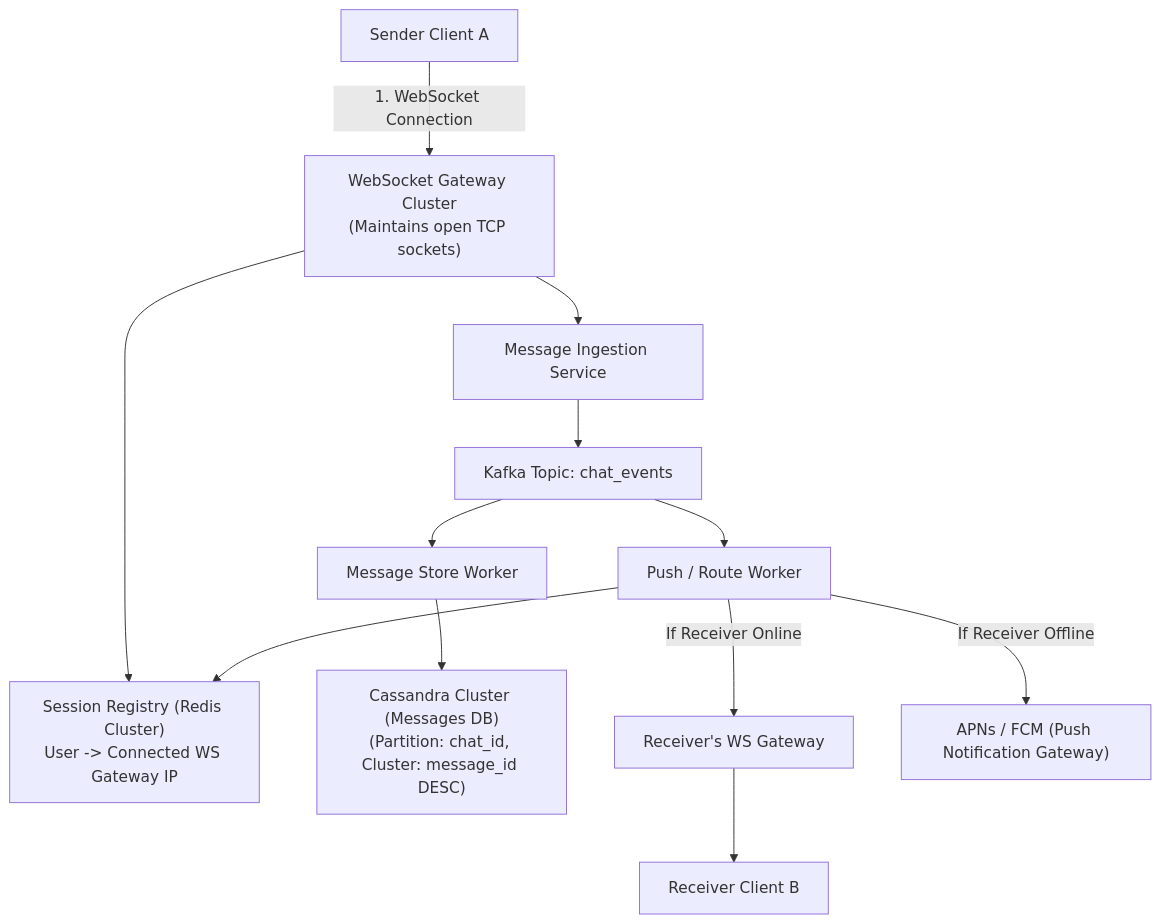
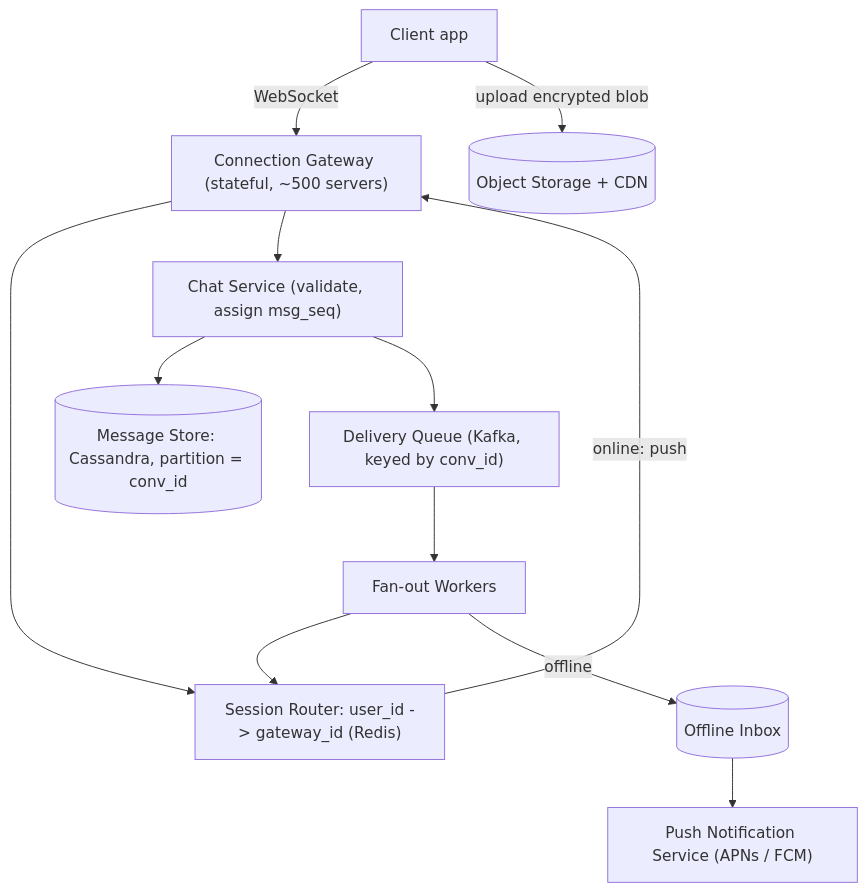
Before and after one commit to reddykarthikeya1/AI-Systems-Mastery: the diagram in 03-High-Level-Design/systems/01-messaging-app.md, drawn with Mermaid. The commit also changed other lines of this file and 9 other files, not shown here.

Commit message:
content(hld): expand 10 case studies with estimates (runnable), API, data model, failure modes, trade-offs, interview timeline

````diff
--- a/03-High-Level-Design/systems/01-messaging-app.md
+++ b/03-High-Level-Design/systems/01-messaging-app.md
@@ -36,17 +51,14 @@
 ```mermaid
 flowchart TD
-    ClientA["Sender Client A"] -->|1. WebSocket Connection| WS_Gateway["WebSocket Gateway Cluster<br/>(Maintains open TCP sockets)"]
-    WS_Gateway --> SessionSvc["Session Registry (Redis Cluster)<br/>User -> Connected WS Gateway IP"]
-    WS_Gateway --> MsgSvc["Message Ingestion Service"]
-    MsgSvc --> Kafka["Kafka Topic: chat_events"]
-    
-    Kafka --> MsgStoreWorker["Message Store Worker"]
-    MsgStoreWorker --> Cassandra["Cassandra Cluster (Messages DB)<br/>(Partition: chat_id, Cluster: message_id DESC)"]
-
-    Kafka --> PushRouter["Push / Route Worker"]
-    PushRouter --> SessionSvc
-    PushRouter -->|If Receiver Online| WS_Gateway_B["Receiver's WS Gateway"]
-    WS_Gateway_B --> ClientB["Receiver Client B"]
-    
-    PushRouter -->|If Receiver Offline| APNS["APNs / FCM (Push Notification Gateway)"]
+    Client["Client app"] -->|"WebSocket"| GW["Connection Gateway (stateful, ~500 servers)"]
+    GW --> Router["Session Router: user_id -> gateway_id (Redis)"]
+    GW --> Chat["Chat Service (validate, assign msg_seq)"]
+    Chat --> Store[("Message Store: Cassandra, partition = conv_id")]
+    Chat --> Queue["Delivery Queue (Kafka, keyed by conv_id)"]
+    Queue --> Fan["Fan-out Workers"]
+    Fan --> Router
+    Router -->|"online: push"| GW
+    Fan -->|"offline"| Inbox[("Offline Inbox")]
+    Inbox --> Push["Push Notification Service (APNs / FCM)"]
+    Client -->|"upload encrypted blob"| Obj[("Object Storage + CDN")]
 ```
````
